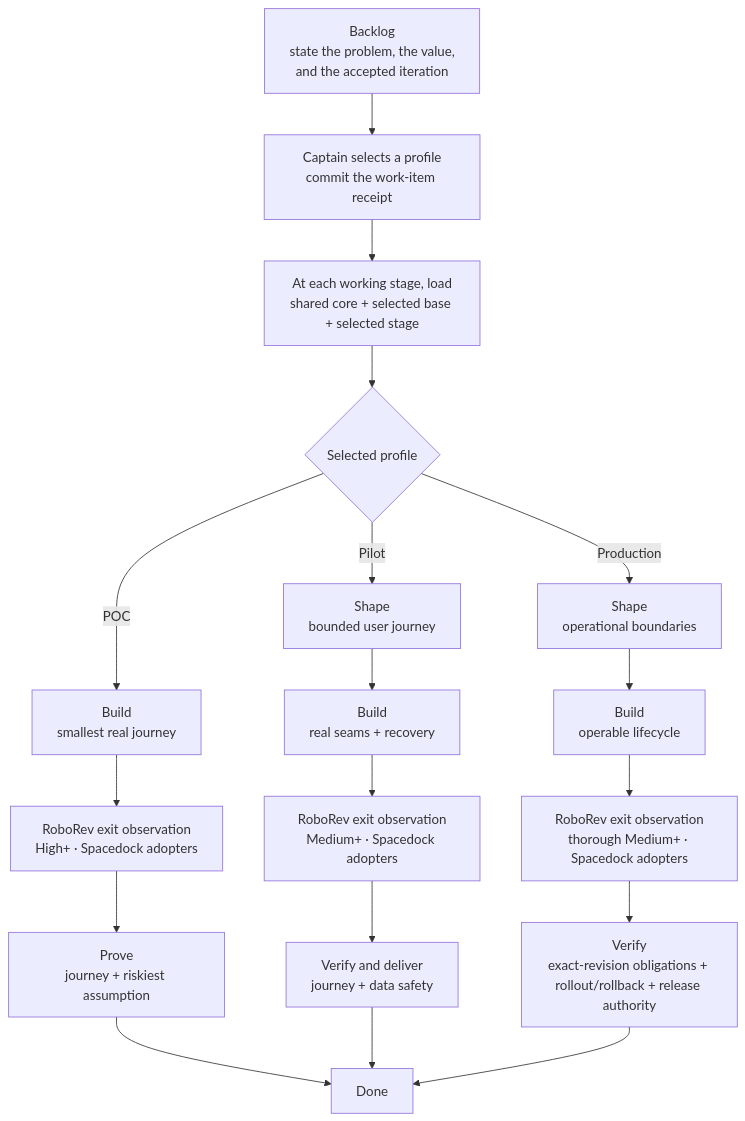
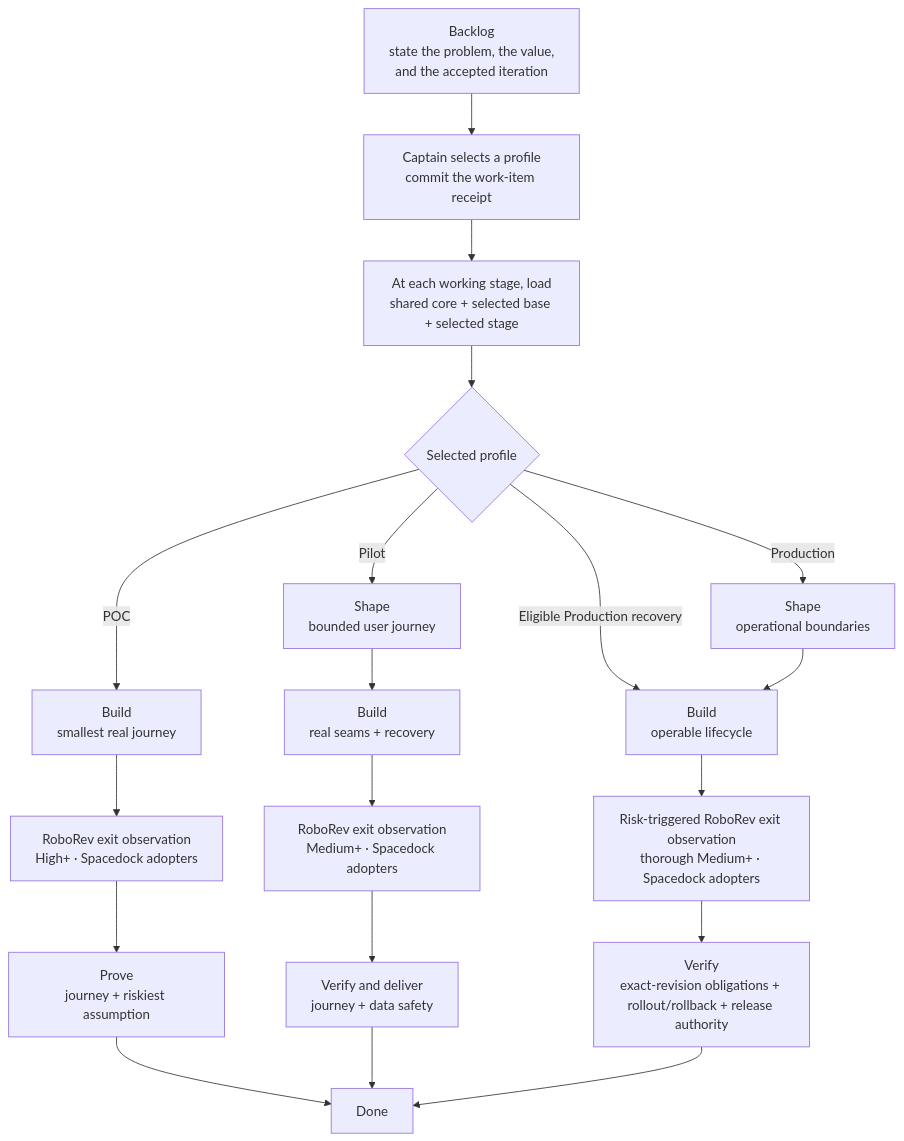
One commit to iamcxa/kc-claude-plugins changed the diagram in kc-dev-flow/README.md. Above: the diagram before and after it, drawn with Mermaid. The commit also changed other lines of this file and 8 other files, not shown here.

Commit message:
feat(kc-dev-flow): add proportional production recovery

````diff
--- a/kc-dev-flow/README.md
+++ b/kc-dev-flow/README.md
@@ -20,23 +20,24 @@
 ```mermaid
 flowchart TB
     A["Backlog<br/>state the problem, the value,<br/>and the accepted iteration"] --> B["Captain selects a profile<br/>commit the work-item receipt"]
     B --> L["At each working stage, load<br/>shared core + selected base + selected stage"]
     L --> C{Selected profile}
 
     C -->|POC| P1["Build<br/>smallest real journey"]
     P1 --> P2["RoboRev exit observation<br/>High+ · Spacedock adopters"]
     P2 --> P3["Prove<br/>journey + riskiest assumption"]
     P3 --> D[Done]
 
     C -->|Pilot| T1["Shape<br/>bounded user journey"]
     T1 --> T2["Build<br/>real seams + recovery"]
     T2 --> T3["RoboRev exit observation<br/>Medium+ · Spacedock adopters"]
     T3 --> T4["Verify and deliver<br/>journey + data safety"]
     T4 --> D
 
     C -->|Production| R1["Shape<br/>operational boundaries"]
+    C -->|Eligible Production recovery| R2
     R1 --> R2["Build<br/>operable lifecycle"]
-    R2 --> R3["RoboRev exit observation<br/>thorough Medium+ · Spacedock adopters"]
+    R2 --> R3["Risk-triggered RoboRev exit observation<br/>thorough Medium+ · Spacedock adopters"]
     R3 --> R4["Verify<br/>exact-revision obligations + rollout/rollback + release authority"]
     R4 --> D
 ```
````
